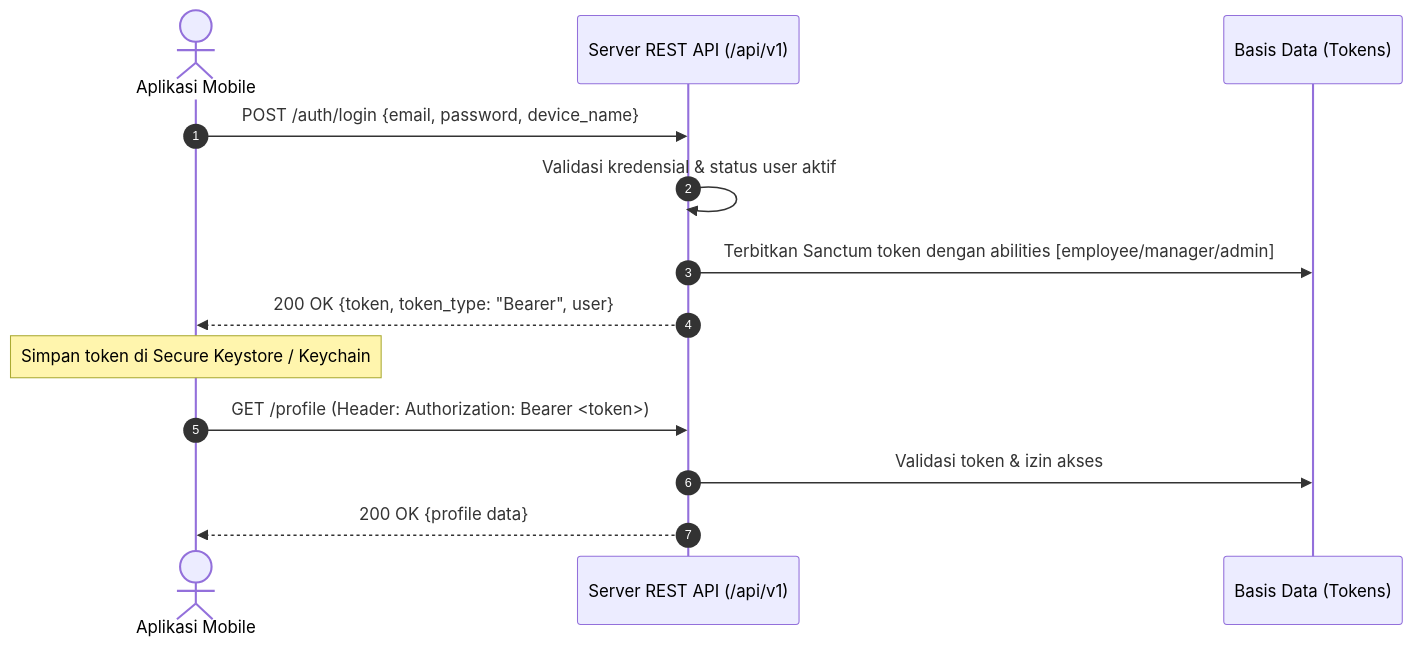
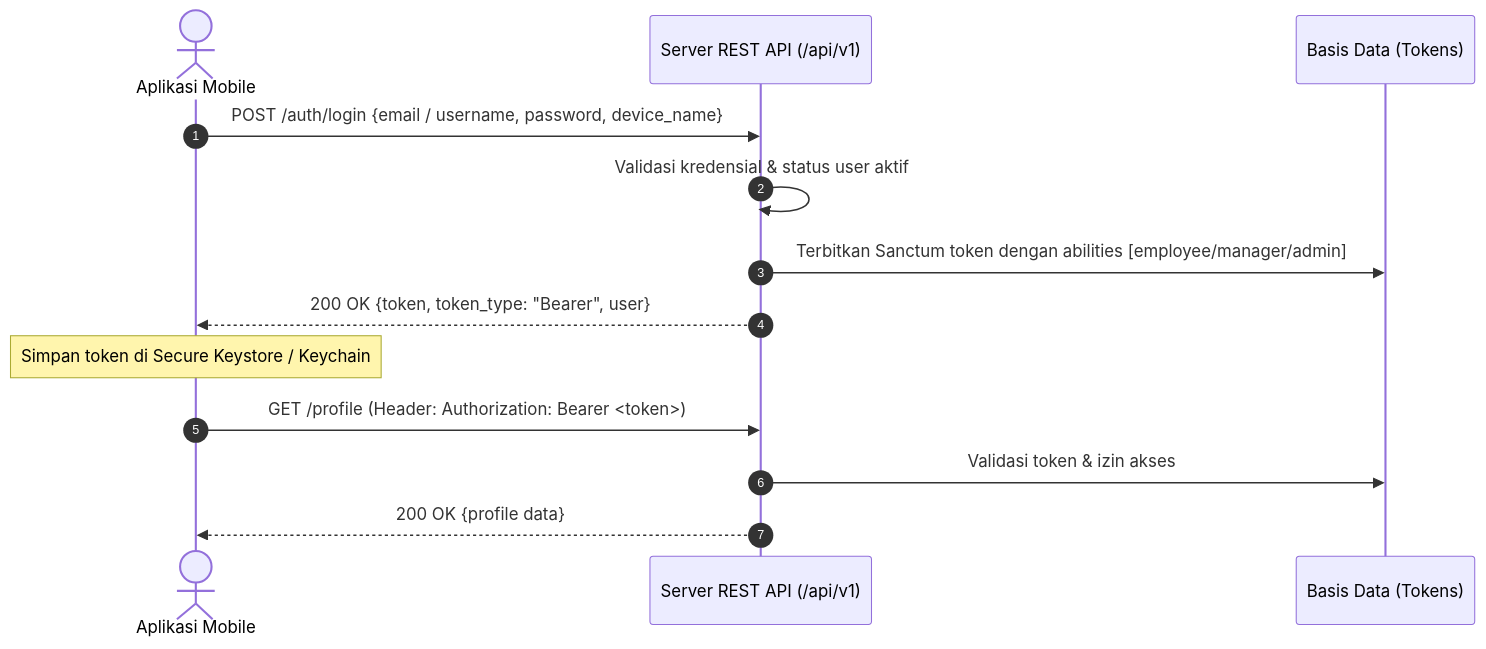
One commit to ridho15/hrghrd changed the diagram in docs/api/README.md. Above: the diagram before and after it, drawn with Mermaid. The commit also changed other lines of this file and 17 other files, not shown here.

````diff
--- a/docs/api/README.md
+++ b/docs/api/README.md
@@ -27,17 +27,17 @@
 ```mermaid
 sequenceDiagram
     autonumber
     actor Mobile as Aplikasi Mobile
     participant API as Server REST API (/api/v1)
     participant DB as Basis Data (Tokens)
 
-    Mobile->>API: POST /auth/login {email, password, device_name}
+    Mobile->>API: POST /auth/login {email / username, password, device_name}
     API->>API: Validasi kredensial & status user aktif
     API->>DB: Terbitkan Sanctum token dengan abilities [employee/manager/admin]
     API-->>Mobile: 200 OK {token, token_type: "Bearer", user}
     Note over Mobile: Simpan token di Secure Keystore / Keychain
 
     Mobile->>API: GET /profile (Header: Authorization: Bearer <token>)
     API->>DB: Validasi token & izin akses
     API-->>Mobile: 200 OK {profile data}
 ```
````
